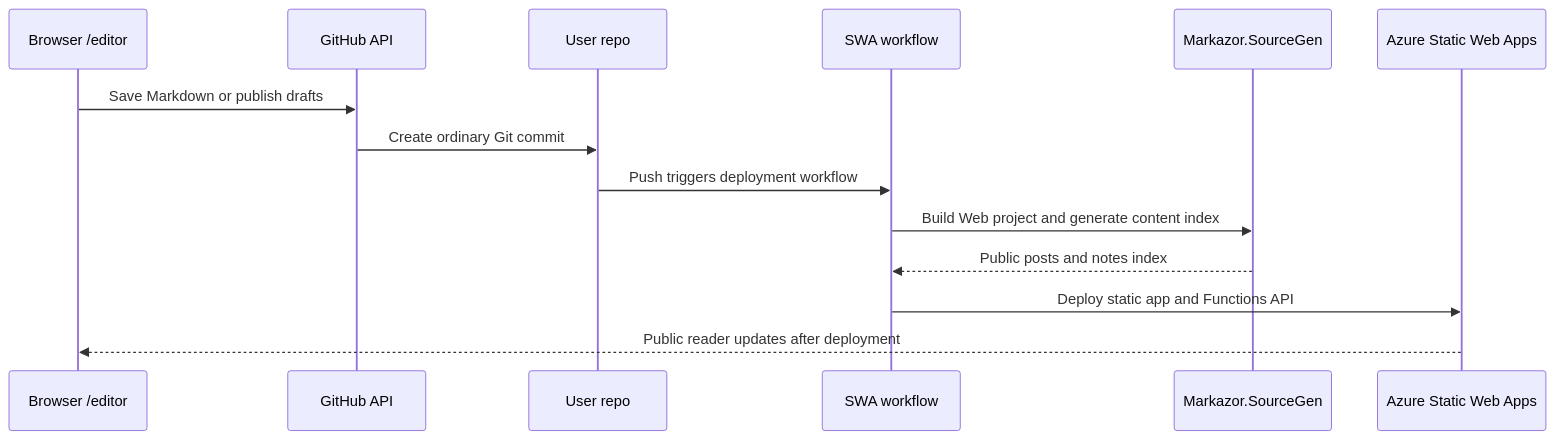
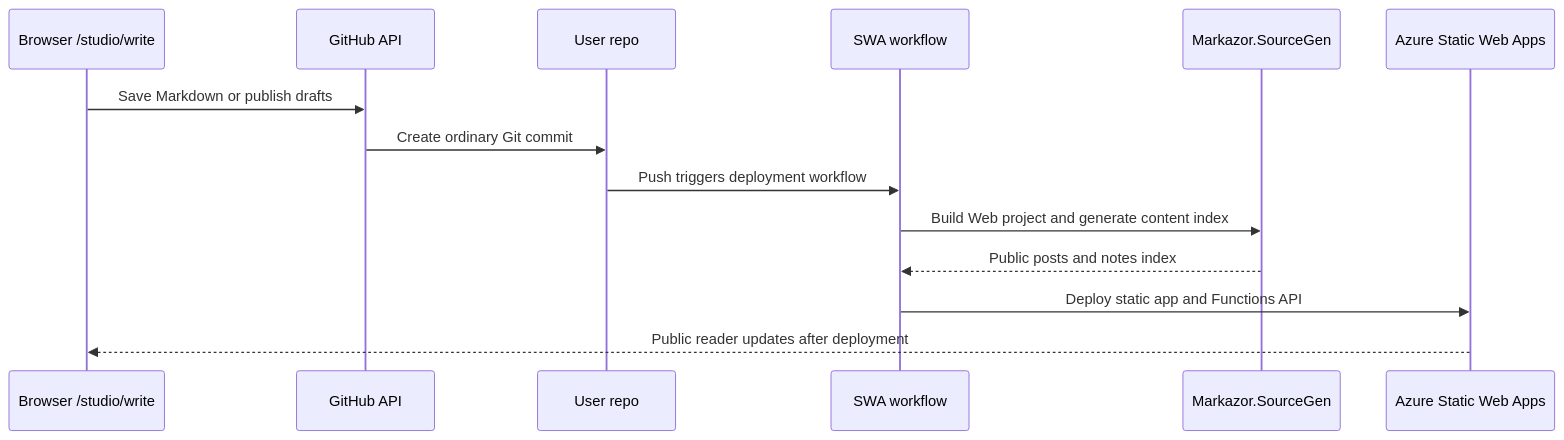
Before and after one commit to cloris-chan/Markazor: the third of 3 diagrams in README.md, drawn with Mermaid. The commit also changed other lines of this file and 15 other files, not shown here.

````diff
--- a/README.md
+++ b/README.md
@@ -100,17 +100,17 @@
 ```mermaid
 sequenceDiagram
-    participant B as Browser /editor
+    participant B as Browser /studio/write
     participant GH as GitHub API
     participant R as User repo
     participant W as SWA workflow
     participant SG as Markazor.SourceGen
     participant S as Azure Static Web Apps
 
     B->>GH: Save Markdown or publish drafts
     GH->>R: Create ordinary Git commit
     R->>W: Push triggers deployment workflow
     W->>SG: Build Web project and generate content index
     SG-->>W: Public posts and notes index
     W->>S: Deploy static app and Functions API
     S-->>B: Public reader updates after deployment
 ```
````
